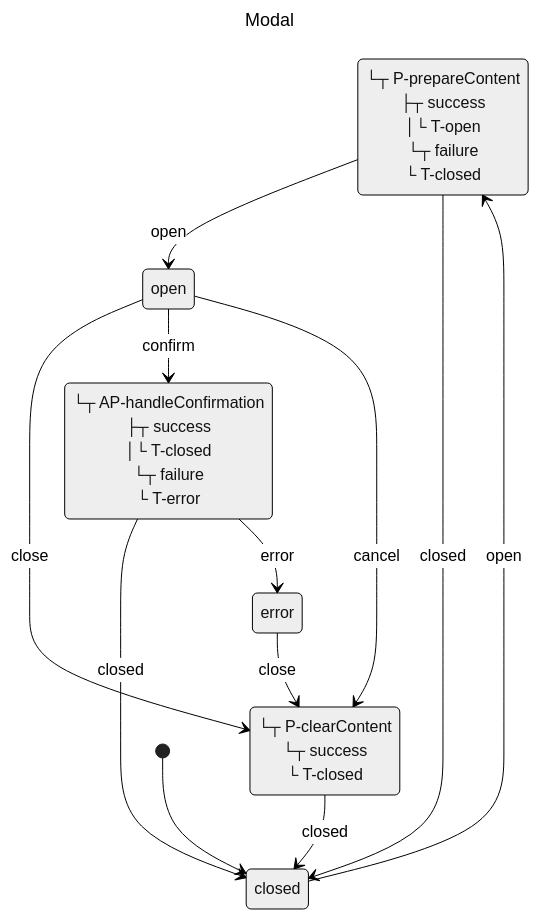
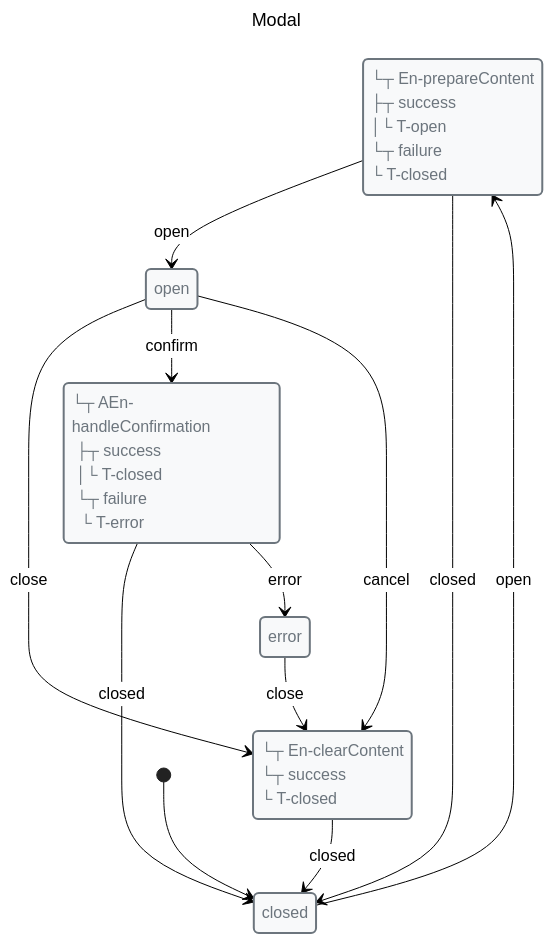
One commit to Masquerade-Circus/x-robot changed the diagram in media/modal-dialog.mmd. Above: the diagram before and after it, drawn with Mermaid (neutral theme). The commit also changed 145 other files, not shown here.

Commit message:
refactor: regenerate docs and mermaid implementation

```diff
--- a/media/modal-dialog.mmd
+++ b/media/modal-dialog.mmd
@@ -1,35 +1,41 @@
 ---
 title: Modal
 ---
 
 stateDiagram-v2
 
 classDef danger fill:#f8d7da,stroke:#721c24,stroke-width:2px,text-align:left,color:#721c24
 classDef warning fill:#fff3cd,stroke:#856404,stroke-width:2px,text-align:left,color:#856404
 classDef success fill:#d4edda,stroke:#155724,stroke-width:2px,text-align:left,color:#155724
 classDef primary fill:#cce5ff,stroke:#004085,stroke-width:2px,text-align:left,color:#004085
 classDef info fill:#d1ecf1,stroke:#0c5460,stroke-width:2px,text-align:left,color:#0c5460
 classDef def fill:#f8f9fa,stroke:#6c757d,stroke-width:2px,text-align:left,color:#6c757d
 
 state closed
 state opening
 state open
 state confirming
 state closing
 state error
+class closed def
+class opening def
+class open def
+class confirming def
+class closing def
+class error def
 
-opening: └┬ P-prepareContent<br> ├┬ success<br> │└ T-open<br> └┬ failure<br>  └ T-closed
-confirming: └┬ AP-handleConfirmation<br> ├┬ success<br> │└ T-closed<br> └┬ failure<br>  └ T-error
-closing: └┬ P-clearContent<br> └┬ success<br>  └ T-closed
+opening: └┬ En-prepareContent<br> ├┬ success<br> │└ T-open<br> └┬ failure<br>  └ T-closed
+confirming: └┬ AEn-handleConfirmation<br> ├┬ success<br> │└ T-closed<br> └┬ failure<br>  └ T-error
+closing: └┬ En-clearContent<br> └┬ success<br>  └ T-closed
 
 [*] --> closed
 closed --> opening: open
 opening --> open: open
 opening --> closed: closed
 open --> closing: close
 open --> confirming: confirm
 open --> closing: cancel
 confirming --> closed: closed
 confirming --> error: error
 closing --> closed: closed
 error --> closing: close
```
